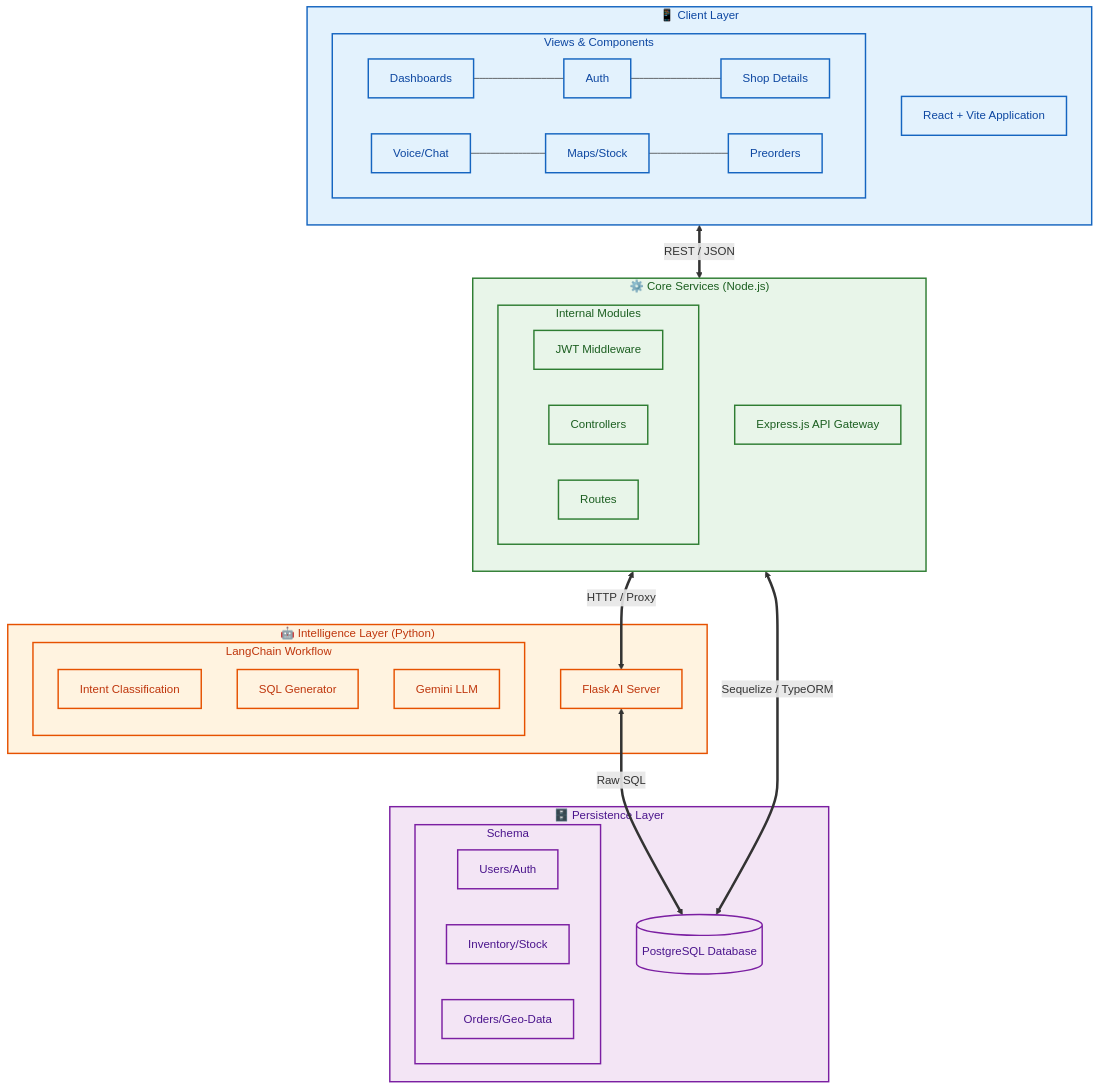
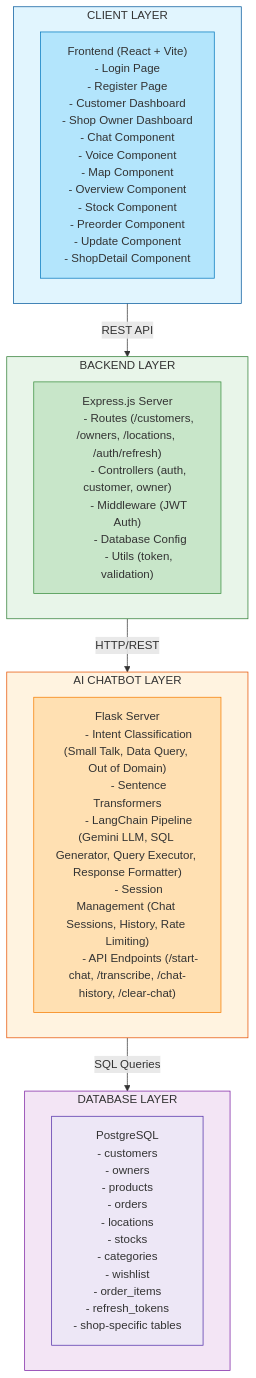
The diagram in README.md (Aswin0526/ShopMate), drawn with Mermaid before and after one commit. The commit also changed other lines of this file, not shown here.

````diff
--- a/README.md
+++ b/README.md
@@ -9,61 +9,66 @@
 ```mermaid
-flowchart TD
-    %% Global Styles
-    classDef client fill:#E3F2FD,stroke:#1565C0,stroke-width:2px,color:#0D47A1;
-    classDef server fill:#E8F5E9,stroke:#2E7D32,stroke-width:2px,color:#1B5E20;
-    classDef ai fill:#FFF3E0,stroke:#E65100,stroke-width:2px,color:#BF360C;
-    classDef storage fill:#F3E5F5,stroke:#7B1FA2,stroke-width:2px,color:#4A148C;
-
-    subgraph CLIENT_LAYER ["📱 Client Layer"]
-        direction TB
-        FE[React + Vite Application]
-        subgraph PAGES ["Views & Components"]
-            direction LR
-            P1[Dashboards] --- P2[Auth] --- P3[Shop Details]
-            P4[Voice/Chat] --- P5[Maps/Stock] --- P6[Preorders]
-        end
+flowchart TB
+    subgraph CLIENT["CLIENT LAYER"]
+        FRONTEND["Frontend (React + Vite)
+        - Login Page
+        - Register Page
+        - Customer Dashboard
+        - Shop Owner Dashboard
+        - Chat Component
+        - Voice Component
+        - Map Component
+        - Overview Component
+        - Stock Component
+        - Preorder Component
+        - Update Component
+        - ShopDetail Component"]
     end
 
-    subgraph BACKEND_LAYER ["⚙️ Core Services (Node.js)"]
-        EX[Express.js API Gateway]
-        direction TB
-        subgraph EX_INTERNAL ["Internal Modules"]
-            direction RL
-            M1[JWT Middleware]
-            M2[Controllers]
-            M3[Routes]
-        end
+    CLIENT -->|REST API| BACKEND
+
+    subgraph BACKEND["BACKEND LAYER"]
+        EXPRESS["Express.js Server
+        - Routes (/customers, /owners, /locations, /auth/refresh)
+        - Controllers (auth, customer, owner)
+        - Middleware (JWT Auth)
+        - Database Config
+        - Utils (token, validation)"]
     end
 
-    subgraph AI_LAYER ["🤖 Intelligence Layer (Python)"]
-        FL[Flask AI Server]
-        subgraph PIPELINE ["LangChain Workflow"]
-            direction TB
-            LC1[Intent Classification]
-            LC2[SQL Generator]
-            LC3[Gemini LLM]
-        end
+    BACKEND -->|HTTP/REST| CHATBOT
+
+    subgraph CHATBOT["AI CHATBOT LAYER"]
+        FLASK["Flask Server
+        - Intent Classification (Small Talk, Data Query, Out of Domain)
+        - Sentence Transformers
+        - LangChain Pipeline (Gemini LLM, SQL Generator, Query Executor, Response Formatter)
+        - Session Management (Chat Sessions, History, Rate Limiting)
+        - API Endpoints (/start-chat, /transcribe, /chat-history, /clear-chat)"]
     end
 
-    subgraph DB_LAYER ["🗄️ Persistence Layer"]
-        DB[(PostgreSQL Database)]
-        subgraph TABLES ["Schema"]
-            direction RL
-            T1[Users/Auth]
-            T2[Inventory/Stock]
-            T3[Orders/Geo-Data]
-        end
+    CHATBOT -->|SQL Queries| DATABASE
+
+    subgraph DATABASE["DATABASE LAYER"]
+        DB["PostgreSQL
+        - customers
+        - owners
+        - products
+        - orders
+        - locations
+        - stocks
+        - categories
+        - wishlist
+        - order_items
+        - refresh_tokens
+        - shop-specific tables"]
     end
 
-    %% Connectivity
-    FE <== "REST / JSON" ==> EX
-    EX <== "HTTP / Proxy" ==> FL
-    FL <== "Raw SQL" ==> DB
-    EX <== "Sequelize / TypeORM" ==> DB
-
-    %% Assign Classes
-    class CLIENT_LAYER,FE,PAGES,P1,P2,P3,P4,P5,P6 client;
-    class BACKEND_LAYER,EX,EX_INTERNAL,M1,M2,M3 server;
-    class AI_LAYER,FL,PIPELINE,LC1,LC2,LC3 ai;
-    class DB_LAYER,DB,TABLES,T1,T2,T3 storage;
+    style CLIENT fill:#e1f5fe,stroke:#01579b
+    style FRONTEND fill:#b3e5fc,stroke:#0277bd
+    style BACKEND fill:#e8f5e9,stroke:#2e7d32
+    style EXPRESS fill:#c8e6c9,stroke:#388e3c
+    style CHATBOT fill:#fff3e0,stroke:#e65100
+    style FLASK fill:#ffe0b2,stroke:#f57c00
+    style DATABASE fill:#f3e5f5,stroke:#7b1fa2
+    style DB fill:#ede7f6,stroke:#512da8
 ```
````
